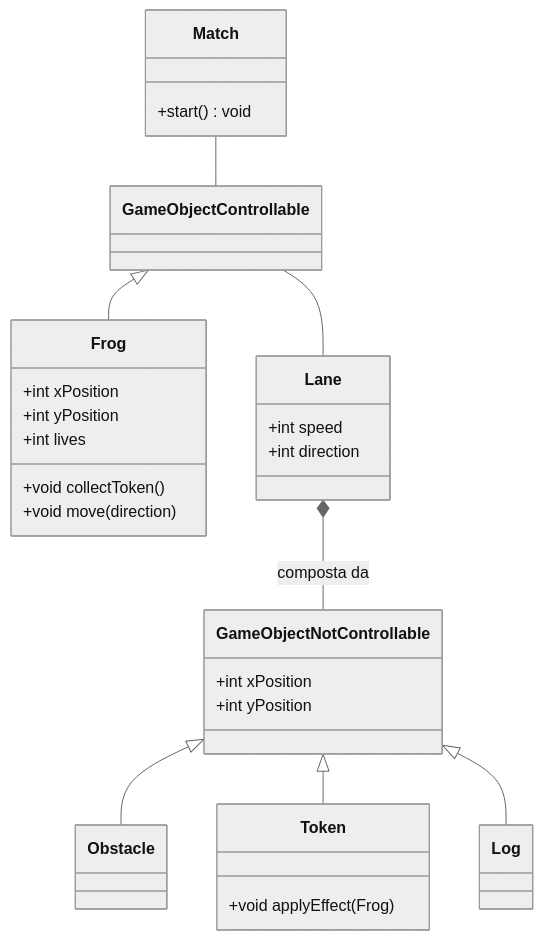
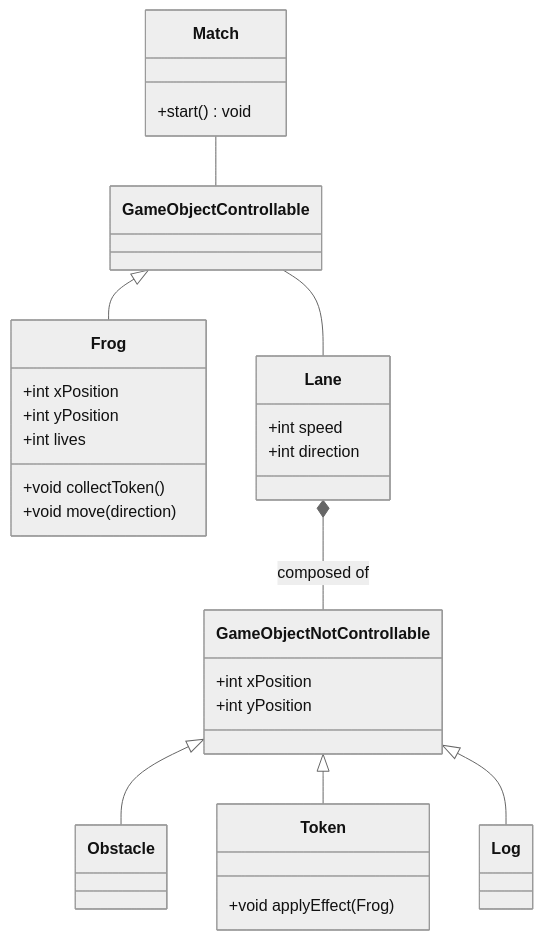
The second of 5 diagrams in README.md (giuliavanni/frogger), drawn with Mermaid (neutral theme) before and after one commit. The commit also changed other lines of this file, not shown here.

Commit message:
UPDATE README with corrected class diagram and added match-related classes

````diff
--- a/README.md
+++ b/README.md
@@ -89,38 +89,38 @@
 ```mermaid
 classDiagram
     class Match {
         +start() void
     }
     class Frog {
         +int xPosition
         +int yPosition
         +int lives
         +void collectToken()
         +void move(direction)
     }
     class Lane {
         +int speed
         +int direction
     }
     class Obstacle {
     }
     class Log {
     }
     class Token {
         +void applyEffect(Frog)
     }
     class GameObjectControllable  {
     }
     class GameObjectNotControllable{
         +int xPosition
         +int yPosition
     }
     Match -- GameObjectControllable
     GameObjectNotControllable <|-- Obstacle
     GameObjectNotControllable <|-- Token
     GameObjectNotControllable <|-- Log
     GameObjectControllable <|-- Frog
     GameObjectControllable -- Lane
-    Lane *-- GameObjectNotControllable : composta da
+    Lane *-- GameObjectNotControllable : composed of
 
 ```
````
